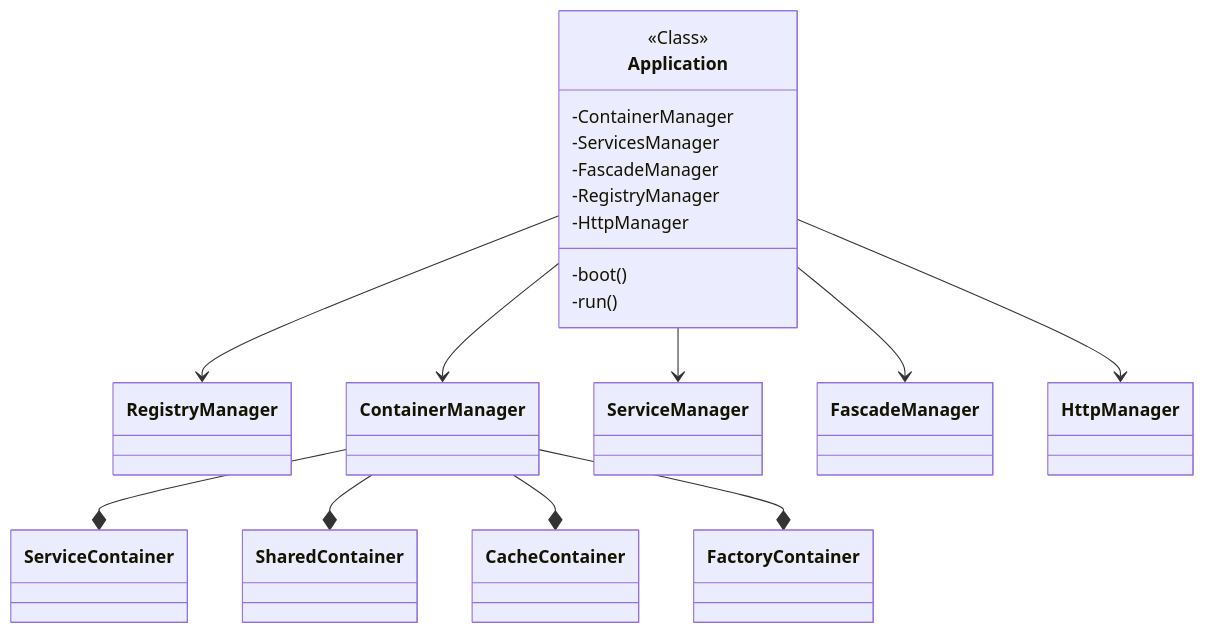
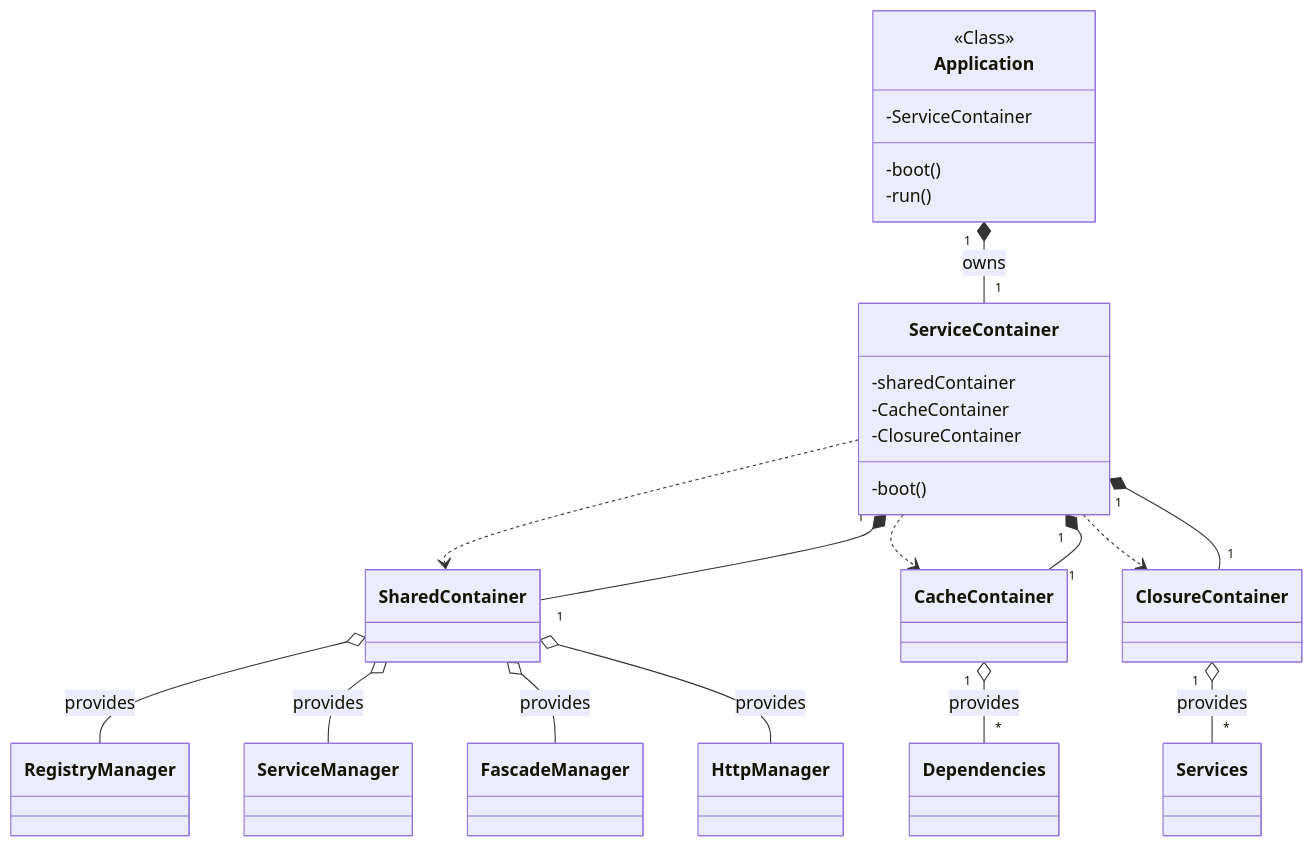
Before and after one commit to mnaatjes/sandbox-php: the fifth of 7 diagrams in docs/features/feature-application.md, drawn with Mermaid. The commit also changed other lines of this file and 2 other files, not shown here.

Commit message:
diagrams

````diff
--- a/docs/features/feature-application.md
+++ b/docs/features/feature-application.md
@@ -473,32 +512,46 @@
 ```mermaid
 classDiagram
   direction TD
 
-  class Application {
+  class Application{
     <<Class>>
-    -ContainerManager
-    -ServicesManager
-    -FascadeManager
-    -RegistryManager
-    -HttpManager
+    -ServiceContainer
     -boot()
     -run()
   }
 
+  class ServiceContainer {
+    -boot()
+    -sharedContainer
+    -CacheContainer
+    -ClosureContainer
+  }
+
   %% Relationship: Application OWNS ContainerManager
-  Application --> RegistryManager
-  Application --> ContainerManager
-  Application --> ServiceManager
-  Application --> FascadeManager
-  Application --> HttpManager
+  Application "1" *-- "1" ServiceContainer: owns
+
+  %% Relationship: ContainerManager Creates *Container
+  ServiceContainer ..> SharedContainer
+  ServiceContainer ..> CacheContainer
+  ServiceContainer ..> ClosureContainer  
 
   %% Relationship: ContainerManager OWNS *Container
-  ContainerManager --* ServiceContainer
-  ContainerManager --* SharedContainer 
-  ContainerManager --* CacheContainer 
-  ContainerManager --* FactoryContainer 
+  ServiceContainer "1" *-- "1" SharedContainer
+  ServiceContainer "1" *-- "1" CacheContainer
+  ServiceContainer "1" *-- "1" ClosureContainer
 
-  %% Relationship:  OWNS 
+  %% Relationship:  SharedContainer Provides *SharedService
+  SharedContainer o-- RegistryManager: provides
+  SharedContainer o-- ServiceManager: provides
+  SharedContainer o-- FascadeManager: provides
+  SharedContainer o-- HttpManager: provides
   
+  %% Relationship:  SharedContainer Provides *SharedService
+  CacheContainer "1"o--"*" Dependencies: provides
+  
+  %% Relationship:  ServicesContainer Provides *Services
+  ClosureContainer "1"o--"*" Services: provides
 
+  %% Relationship: Application Resolves managers
+  
 ```
````
